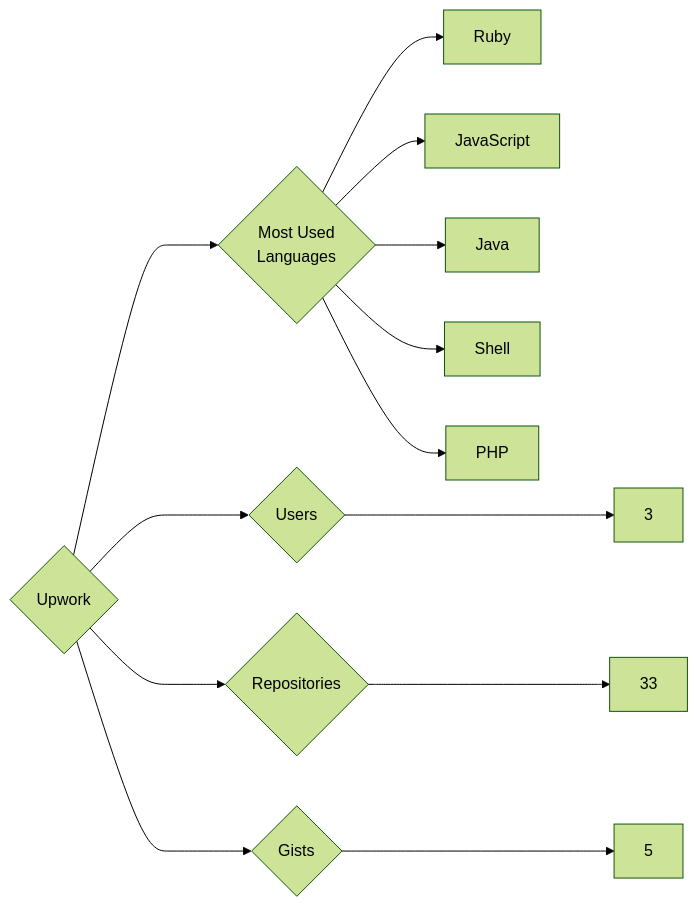
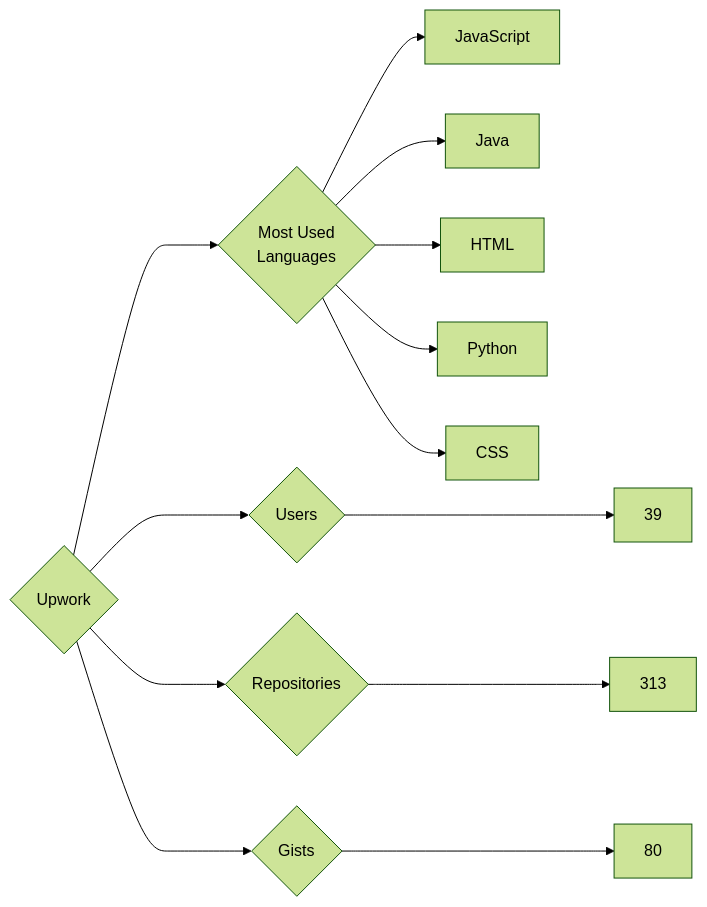
One commit to trickest/insiders changed the diagram in targets/Upwork/README.md. Above: the diagram before and after it, drawn with Mermaid (forest theme). The commit also changed 928 other files, not shown here.

````diff
--- a/targets/Upwork/README.md
+++ b/targets/Upwork/README.md
@@ -3,13 +3,13 @@
 ```mermaid
 graph LR
 COMPANY_NAME{Upwork}
-COMPANY_NAME ---> U{Users} ---> UN[3]
-COMPANY_NAME ---> R{Repositories} ---> RN[33]
-COMPANY_NAME ---> G{Gists} ---> GN[5]
+COMPANY_NAME ---> U{Users} ---> UN[39]
+COMPANY_NAME ---> R{Repositories} ---> RN[313]
+COMPANY_NAME ---> G{Gists} ---> GN[80]
 COMPANY_NAME ---> ML{Most Used<br>Languages}
-ML --> Ruby[Ruby]
 ML --> JavaScript[JavaScript]
 ML --> Java[Java]
-ML --> Shell[Shell]
-ML --> PHP[PHP]
+ML --> HTML[HTML]
+ML --> Python[Python]
+ML --> CSS[CSS]
 ```
````
